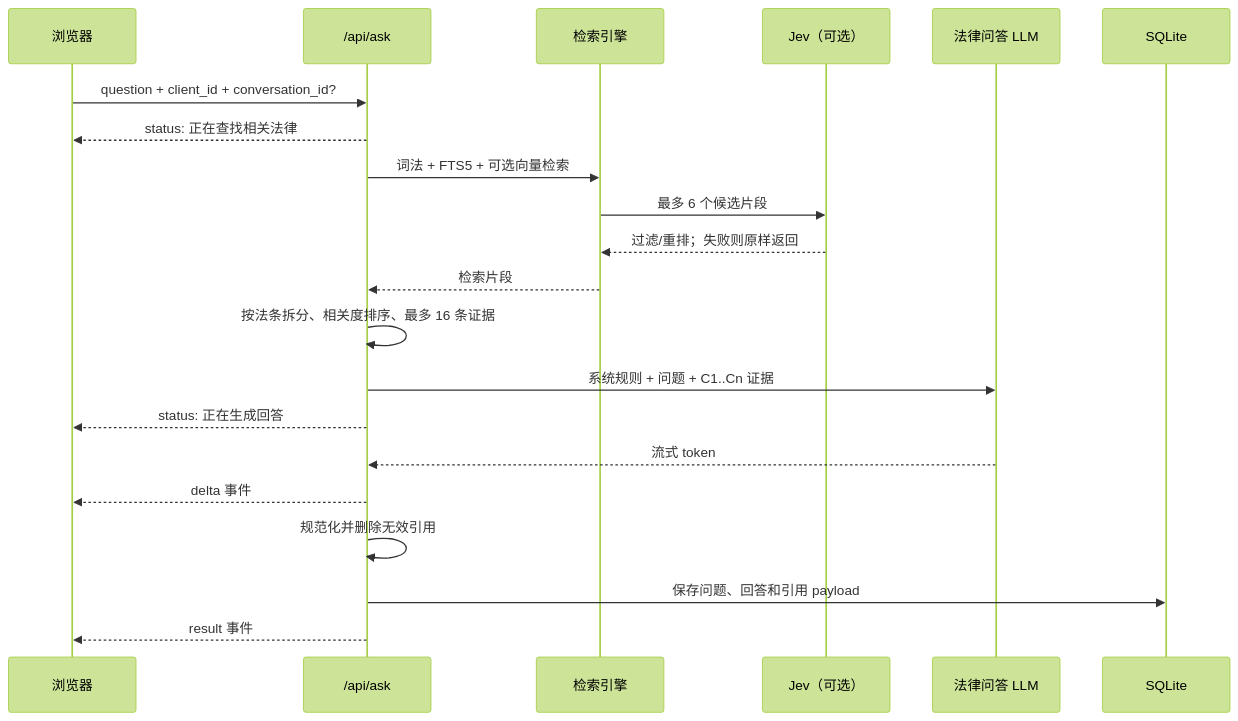
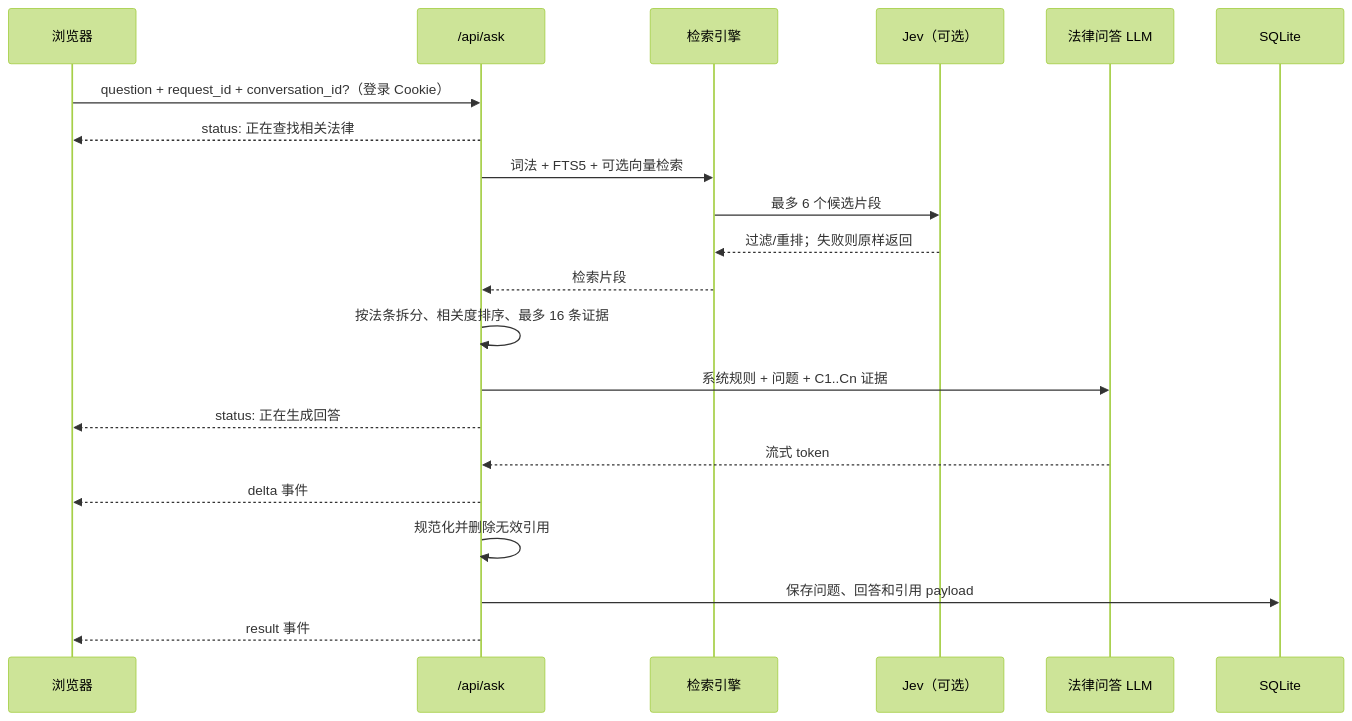
Before and after one commit to Zafer-Liu/law-agent: the second of 2 diagrams in docs/architecture.md, drawn with Mermaid (forest theme). The commit also changed other lines of this file and 21 other files, not shown here.

````diff
--- a/docs/architecture.md
+++ b/docs/architecture.md
@@ -45,24 +51,24 @@
 ```mermaid
 sequenceDiagram
     participant U as 浏览器
     participant A as /api/ask
     participant R as 检索引擎
     participant J as Jev（可选）
     participant L as 法律问答 LLM
     participant D as SQLite
 
-    U->>A: question + client_id + conversation_id?
+    U->>A: question + request_id + conversation_id?（登录 Cookie）
     A-->>U: status: 正在查找相关法律
     A->>R: 词法 + FTS5 + 可选向量检索
     R->>J: 最多 6 个候选片段
     J-->>R: 过滤/重排；失败则原样返回
     R-->>A: 检索片段
     A->>A: 按法条拆分、相关度排序、最多 16 条证据
     A->>L: 系统规则 + 问题 + C1..Cn 证据
     A-->>U: status: 正在生成回答
     L-->>A: 流式 token
     A-->>U: delta 事件
     A->>A: 规范化并删除无效引用
     A->>D: 保存问题、回答和引用 payload
     A-->>U: result 事件
 ```
````
